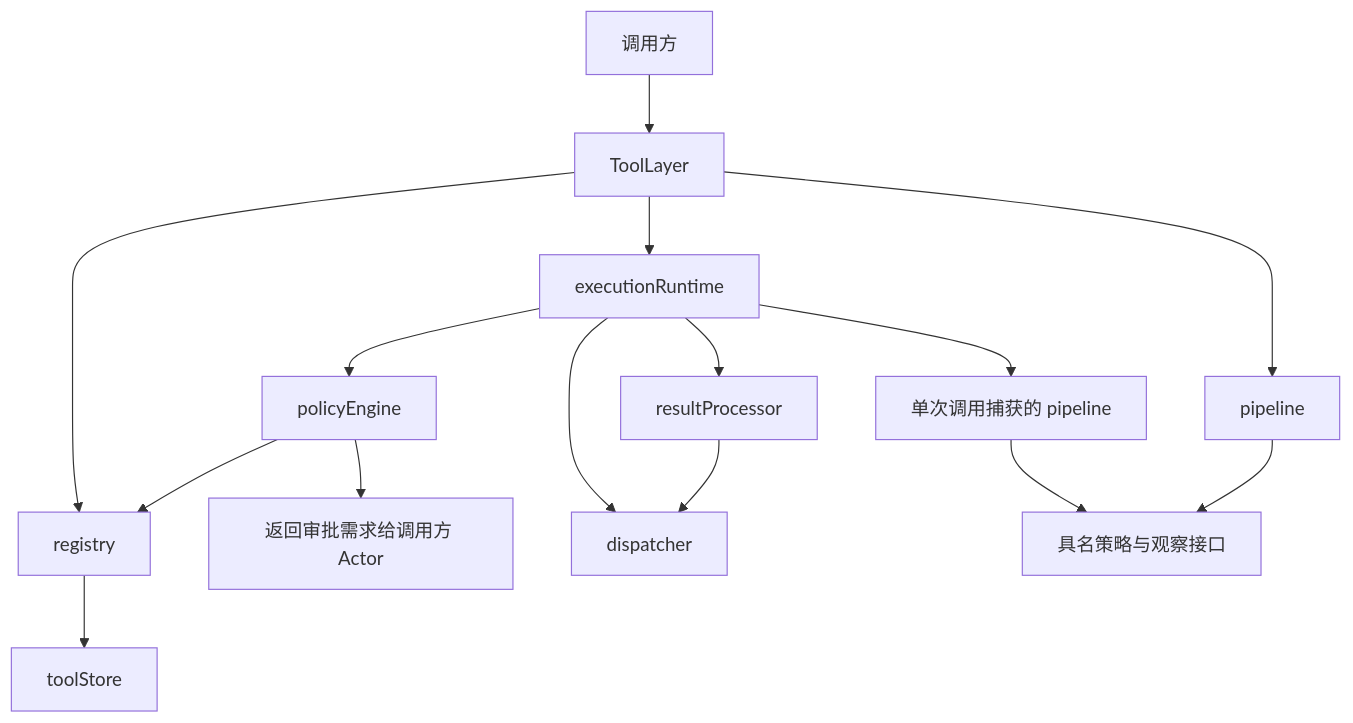
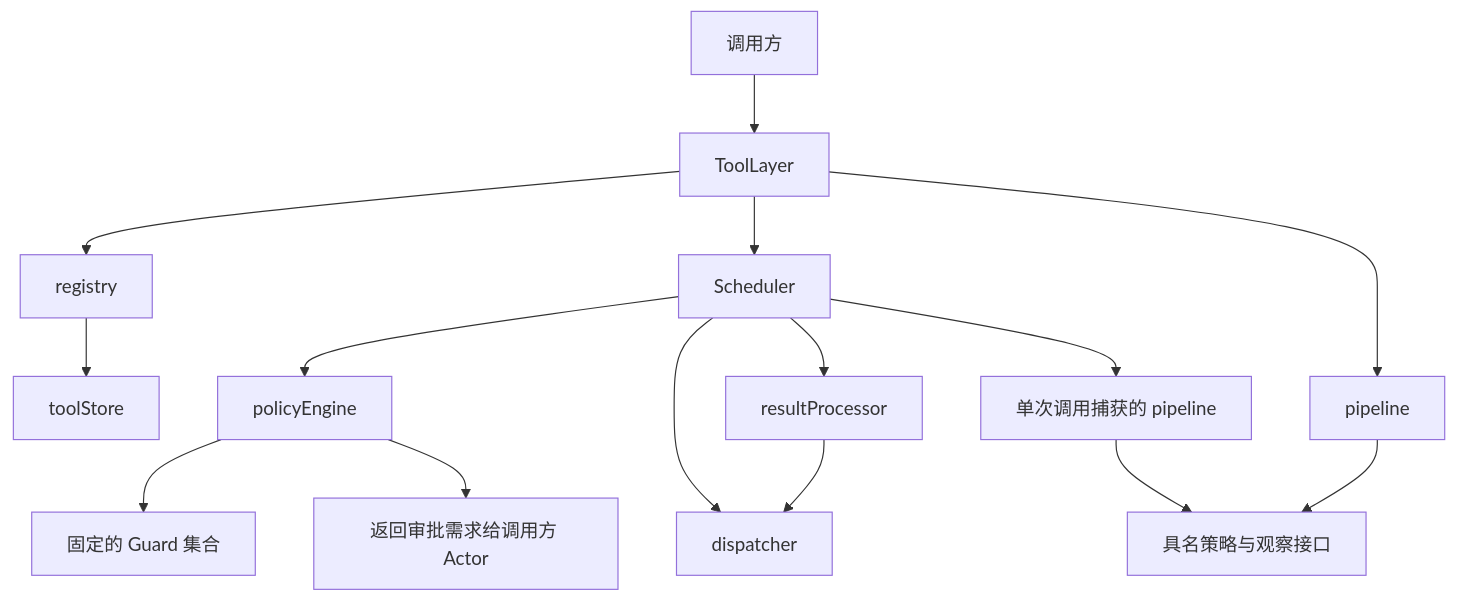
One commit to gorenx/goren changed the first of 3 diagrams in tools/README.zh-CN.md. Above: the diagram before and after it, drawn with Mermaid. The commit also changed other lines of this file and 13 other files, not shown here.

````diff
--- a/tools/README.zh-CN.md
+++ b/tools/README.zh-CN.md
@@ -32,17 +32,17 @@
 ```mermaid
 flowchart TD
     Caller[调用方] --> Layer[ToolLayer]
     Layer --> Registry[registry]
     Registry --> Store[toolStore]
-    Layer --> Runtime[executionRuntime]
+    Layer --> Runtime[Scheduler]
     Layer --> Pipeline[pipeline]
     Runtime --> Policy[policyEngine]
     Runtime --> Dispatch[dispatcher]
     Runtime --> Result[resultProcessor]
-    Policy --> Registry
+    Policy --> Guards[固定的 Guard 集合]
     Runtime --> Snapshot[单次调用捕获的 pipeline]
     Snapshot --> Ports
     Result --> Dispatch
     Pipeline --> Ports[具名策略与观察接口]
     Policy --> Approval[返回审批需求给调用方 Actor]
 ```
````
